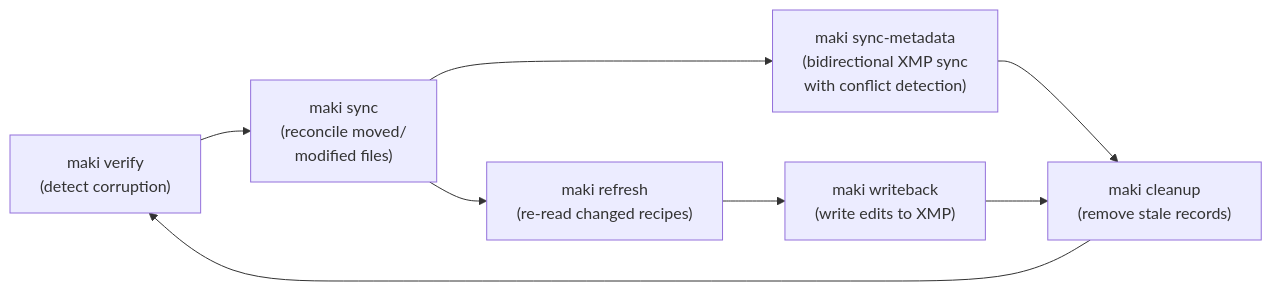
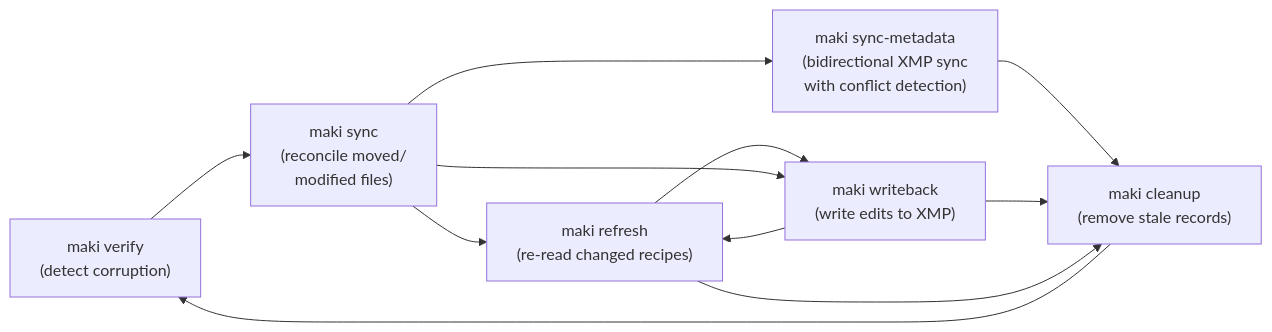
Before and after one commit to thoherr/maki: the diagram in doc/manual/user-guide/07-maintenance.md, drawn with Mermaid. The commit also changed 1 other file, not shown here.

Commit message:
improve maintenance cycle diagram to show interchangeability of refresh and writeback

````diff
--- a/doc/manual/user-guide/07-maintenance.md
+++ b/doc/manual/user-guide/07-maintenance.md
@@ -7,14 +7,15 @@
 ```mermaid
 flowchart LR
     V["maki verify<br/>(detect corruption)"]
     S["maki sync<br/>(reconcile moved/<br/>modified files)"]
     SM["maki sync-metadata<br/>(bidirectional XMP sync<br/>with conflict detection)"]
     R["maki refresh<br/>(re-read changed recipes)"]
     W["maki writeback<br/>(write edits to XMP)"]
     C["maki cleanup<br/>(remove stale records)"]
 
     V --> S
     S --> SM --> C
     S --> R --> W --> C
+    S --> W --> R --> C
     C --> V
 ```
````
